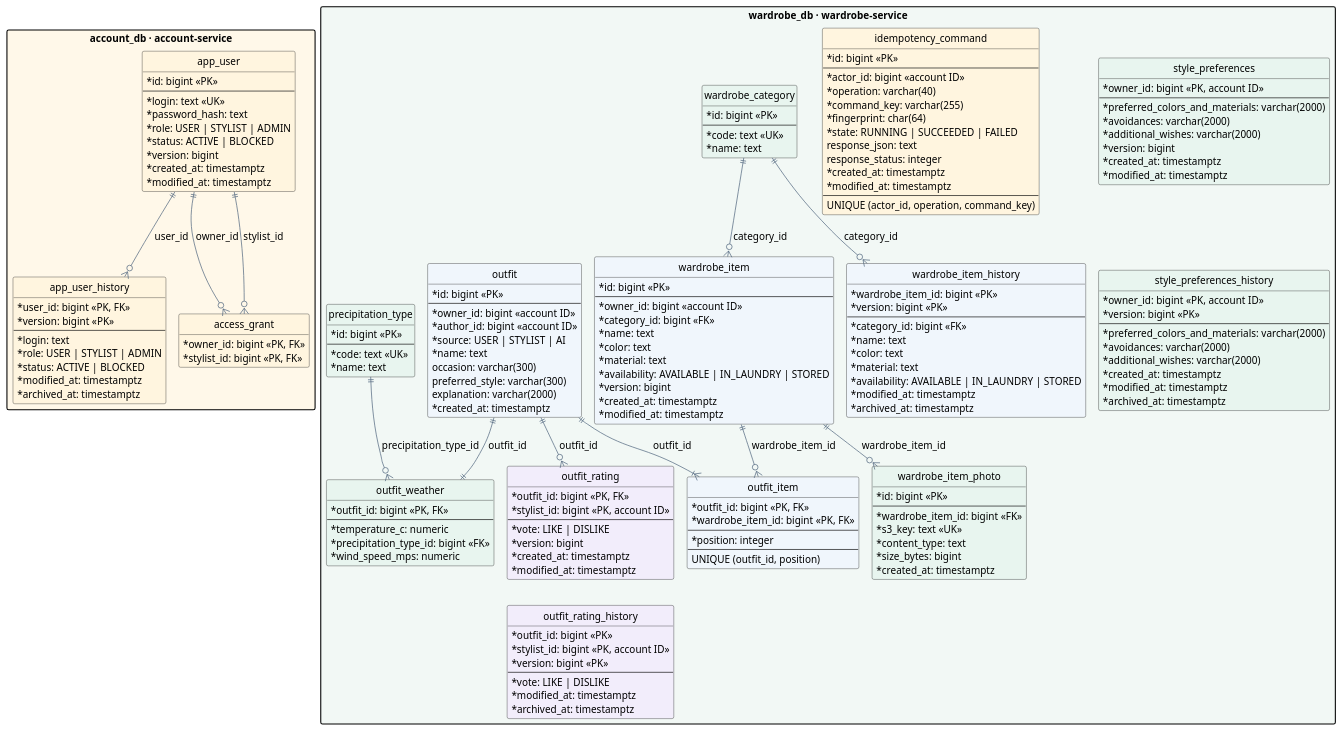
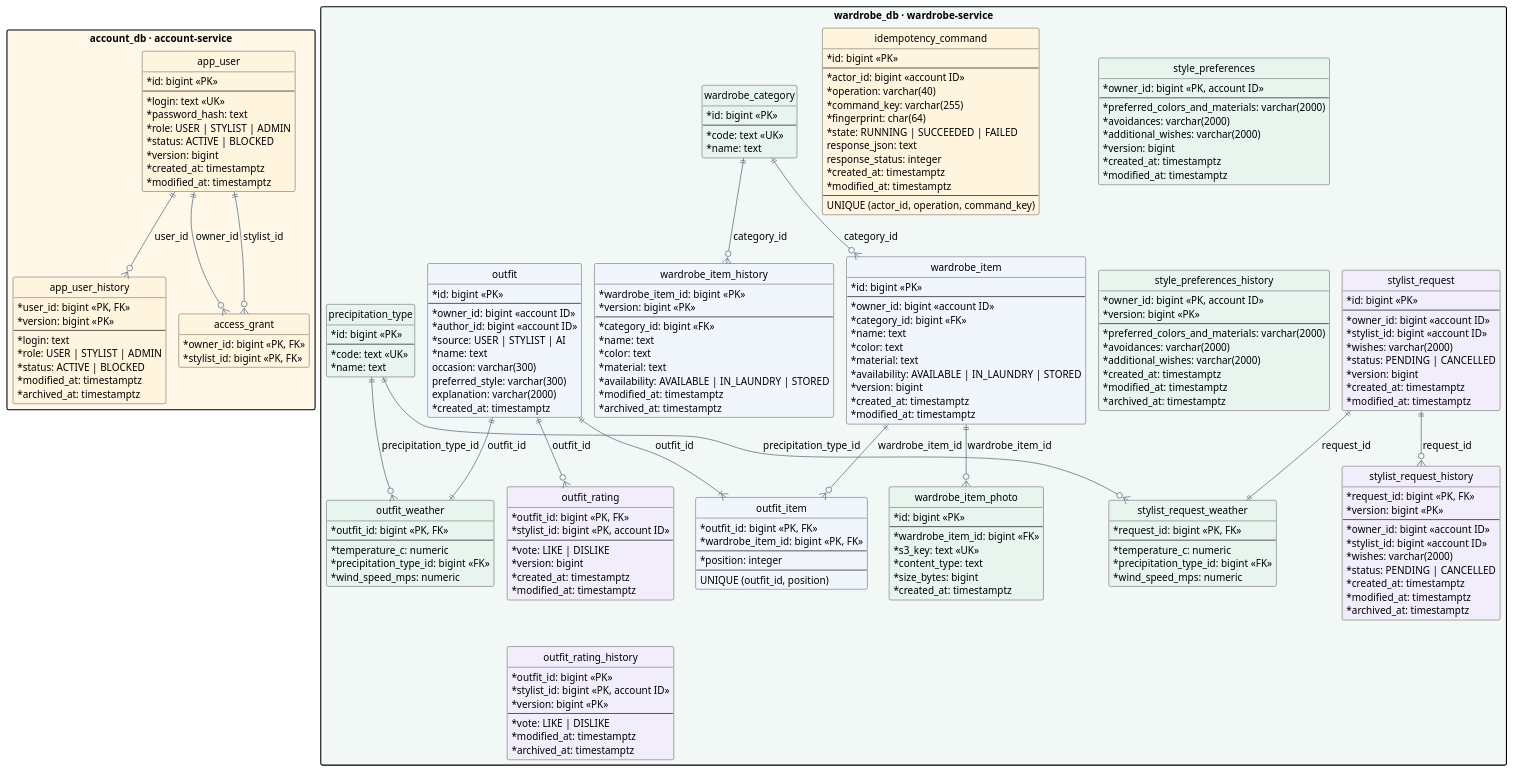
The diagram in docs/lab2/diagrams/data.puml (SimeonGor/clothes-advisor), drawn with PlantUML before and after one commit. The commit also changed 4 other files, not shown here.

Commit message:
docs(lab2): describe stylist request lifecycle and data

```diff
--- a/docs/lab2/diagrams/data.puml
+++ b/docs/lab2/diagrams/data.puml
@@ -44,6 +44,36 @@
 }
 
 package "wardrobe_db · wardrobe-service" as wardrobe #F2F8F5 {
+  entity "stylist_request" as stylist_request #F2EDFB {
+    * id: bigint <<PK>>
+    --
+    * owner_id: bigint <<account ID>>
+    * stylist_id: bigint <<account ID>>
+    * wishes: varchar(2000)
+    * status: PENDING | CANCELLED
+    * version: bigint
+    * created_at: timestamptz
+    * modified_at: timestamptz
+  }
+  entity "stylist_request_weather" as request_weather #E8F5EF {
+    * request_id: bigint <<PK, FK>>
+    --
+    * temperature_c: numeric
+    * precipitation_type_id: bigint <<FK>>
+    * wind_speed_mps: numeric
+  }
+  entity "stylist_request_history" as request_history #F2EDFB {
+    * request_id: bigint <<PK, FK>>
+    * version: bigint <<PK>>
+    --
+    * owner_id: bigint <<account ID>>
+    * stylist_id: bigint <<account ID>>
+    * wishes: varchar(2000)
+    * status: PENDING | CANCELLED
+    * created_at: timestamptz
+    * modified_at: timestamptz
+    * archived_at: timestamptz
+  }
   entity "style_preferences" as preferences #E8F5EF {
     * owner_id: bigint <<PK, account ID>>
     --
@@ -179,6 +209,9 @@
   outfit ||--|{ composition : outfit_id
   outfit ||--|| weather : outfit_id
   precipitation ||--o{ weather : precipitation_type_id
+  stylist_request ||--|| request_weather : request_id
+  stylist_request ||--o{ request_history : request_id
+  precipitation ||--o{ request_weather : precipitation_type_id
   outfit ||--o{ rating : outfit_id
   rating -[hidden]down-> rating_history
 }
```
